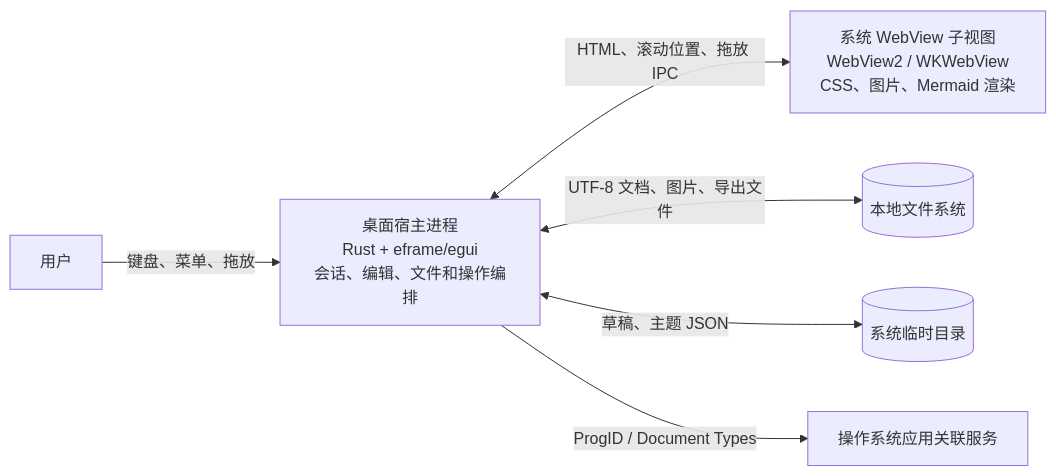
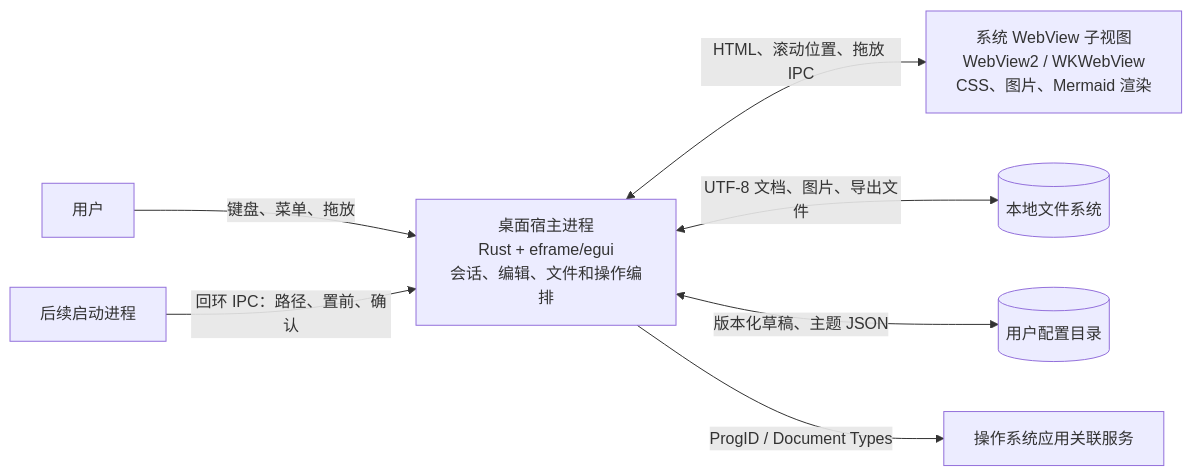
Before and after one commit to idkwhatimdoing62/markdown-editor: the third of 4 diagrams in Markdown编辑器与预览器-一页系统说明.md, drawn with Mermaid. The commit also changed other lines of this file and 16 other files, not shown here.

````diff
--- a/Markdown编辑器与预览器-一页系统说明.md
+++ b/Markdown编辑器与预览器-一页系统说明.md
@@ -402,8 +420,9 @@
 ```mermaid
 flowchart LR
   User["用户"] -->|键盘、菜单、拖放| Host["桌面宿主进程\nRust + eframe/egui\n会话、编辑、文件和操作编排"]
+  Launcher["后续启动进程"] -->|回环 IPC：路径、置前、确认| Host
   Host <--> |HTML、滚动位置、拖放 IPC| Browser["系统 WebView 子视图\nWebView2 / WKWebView\nCSS、图片、Mermaid 渲染"]
   Host <--> |UTF-8 文档、图片、导出文件| Docs[("本地文件系统")]
-  Host <--> |草稿、主题 JSON| Temp[("系统临时目录")]
+  Host <--> |版本化草稿、主题 JSON| Config[("用户配置目录")]
   Host -->|ProgID / Document Types| OS["操作系统应用关联服务"]
 ```
````
